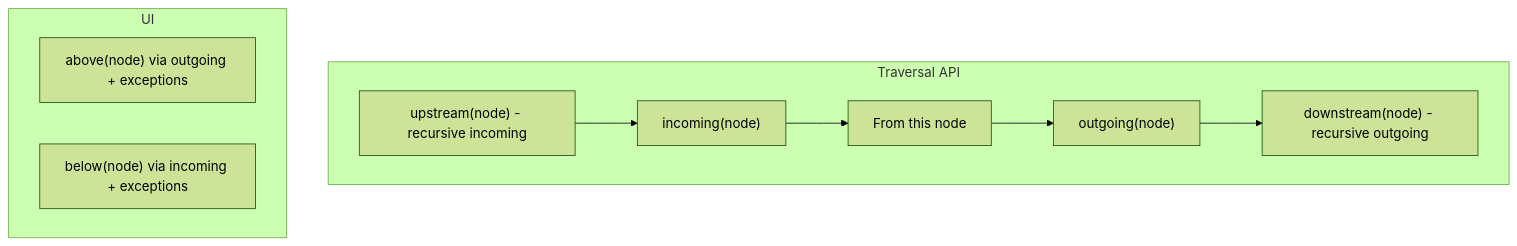
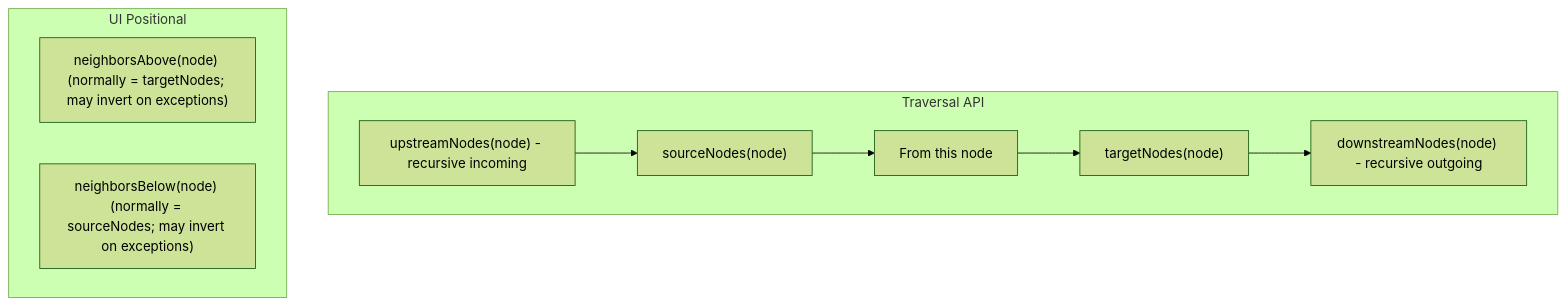
Before and after one commit to amelioro/ameliorate: the diagram in .ai/plans/edge-direction-standardization/2-design.md, drawn with Mermaid (forest theme). The commit also changed other lines of this file, not shown here.

````diff
--- a/.ai/plans/edge-direction-standardization/2-design.md
+++ b/.ai/plans/edge-direction-standardization/2-design.md
@@ -41,13 +41,13 @@
 ```mermaid
 graph TD
   subgraph Traversal API
-    Upstream["upstream(node) - recursive incoming"] --> Incoming["incoming(node)"]
-    Incoming --> From["From this node"]
-    From --> Outgoing["outgoing(node)"]
-    Outgoing --> Downstream["downstream(node) - recursive outgoing"]
+    Upstream["upstreamNodes(node) - recursive incoming"] --> Source["sourceNodes(node)"]
+    Source --> From["From this node"]
+    From --> Target["targetNodes(node)"]
+    Target --> Downstream["downstreamNodes(node) - recursive outgoing"]
   end
-  subgraph UI
-    E["above(node) via outgoing + exceptions"]
-    F["below(node) via incoming + exceptions"]
+  subgraph UI Positional
+    NA["neighborsAbove(node) (normally = targetNodes; may invert on exceptions)"]
+    NB["neighborsBelow(node) (normally = sourceNodes; may invert on exceptions)"]
   end
 ```
````
